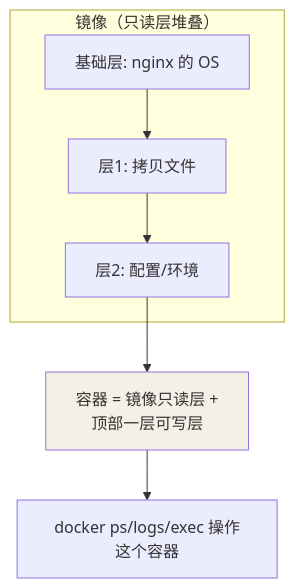
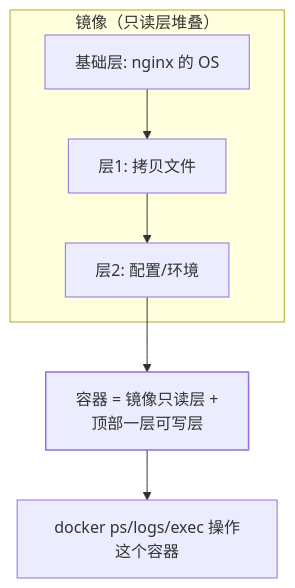
The diagram in src/content/docs/docker/basic/fundamentals/02-commands.md (Loadhao/ascension), drawn with Mermaid before and after one commit. The commit also changed 87 other files, not shown here.

First line of the commit message:
fix: 全站图表配色改由主题接管，修复暗色主题下浅底浅字看不清

````diff
--- a/src/content/docs/docker/basic/fundamentals/02-commands.md
+++ b/src/content/docs/docker/basic/fundamentals/02-commands.md
@@ -12,11 +12,12 @@
 ```mermaid
 flowchart TB
     subgraph IMG["镜像（只读层堆叠）"]
         B0["基础层: nginx 的 OS"] --> B1["层1: 拷贝文件"]
         B1 --> B2["层2: 配置/环境"]
     end
     B2 --> C["容器 = 镜像只读层 + <br/>顶部一层可写层"]
     C --> D["docker ps/logs/exec 操作这个容器"]
 
-    style C fill:#f5f0e6
+    class C hl
+    classDef hl stroke-width:1.5px
 ```
````
